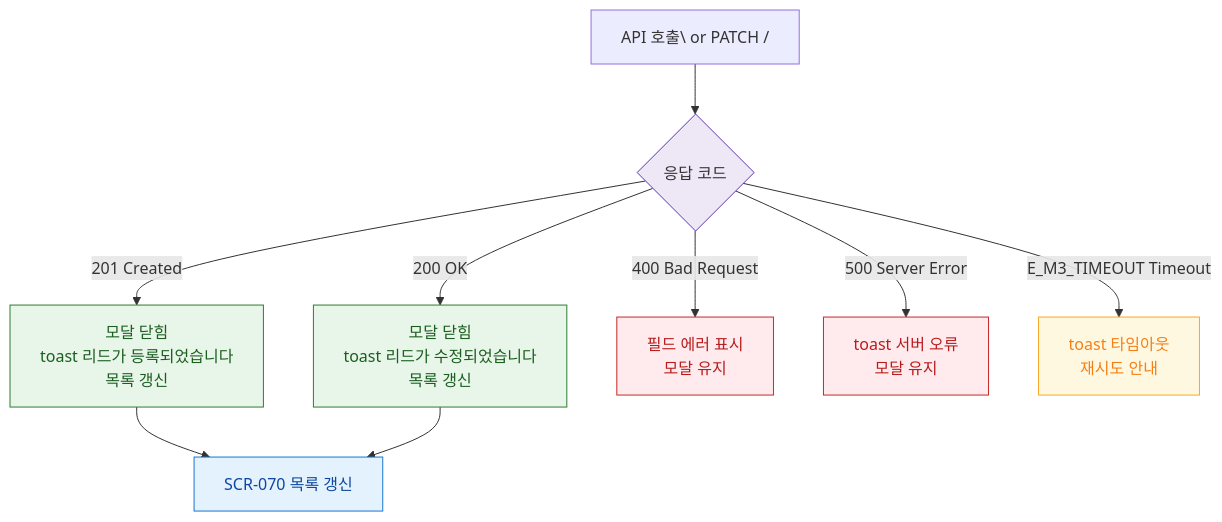
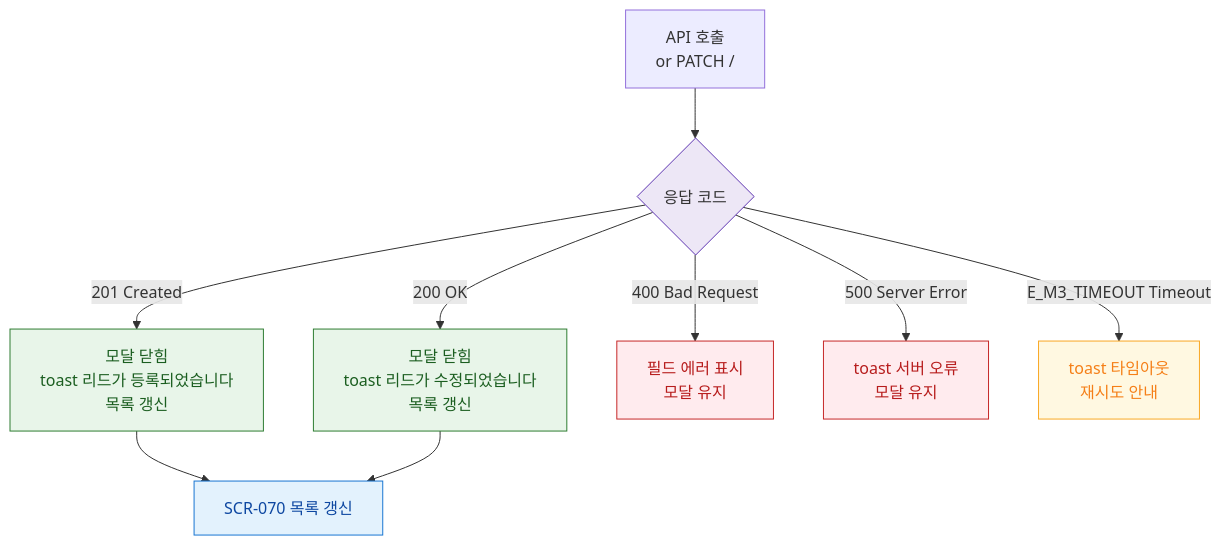
The diagram in docs/admin/다이어그램/D08_마케팅/DLG/DLG-070-001_리드등록수정/M3_결과분기.md (dev-spogym/admin-pando), drawn with Mermaid before and after one commit. The commit also changed 369 other files, not shown here.

````diff
--- a/docs/admin/다이어그램/D08_마케팅/DLG/DLG-070-001_리드등록수정/M3_결과분기.md
+++ b/docs/admin/다이어그램/D08_마케팅/DLG/DLG-070-001_리드등록수정/M3_결과분기.md
@@ -12,25 +12,25 @@
 ```mermaid
 flowchart TD
-  API_CALL[API 호출\ or PATCH /] --> RESP{응답 코드}
+  API_CALL[API 호출<br/> or PATCH /] --> RESP{응답 코드}
 
   RESP -->|201 Created|OK_CREATE[모달 닫힘\ntoast 리드가 등록되었습니다\n목록 갱신]
   RESP -->|200 OK|OK_UPDATE[모달 닫힘\ntoast 리드가 수정되었습니다\n목록 갱신]
   RESP -->|400 Bad Request|ERR_400[필드 에러 표시\n모달 유지]
   RESP -->|500 Server Error|ERR_500[toast 서버 오류\n모달 유지]
   RESP -->|E_M3_TIMEOUT Timeout|ERR_TIMEOUT[toast 타임아웃\n재시도 안내]
 
   OK_CREATE --> SCR_070_REFRESH[SCR-070 목록 갱신]
   OK_UPDATE --> SCR_070_REFRESH
 
   classDef success fill:#E8F5E9,stroke:#2E7D32,color:#1B5E20
   classDef error fill:#FFEBEE,stroke:#C62828,color:#B71C1C
   classDef warning fill:#FFF8E1,stroke:#F9A825,color:#F57F17
   classDef system fill:#EDE7F6,stroke:#5E35B2
   classDef screen fill:#E3F2FD,stroke:#1976D2,color:#0D47A1
 
   class OK_CREATE,OK_UPDATE success
   class ERR_400,ERR_500 error
   class ERR_TIMEOUT warning
   class RESP system
   class SCR_070_REFRESH screen
 ```
````
